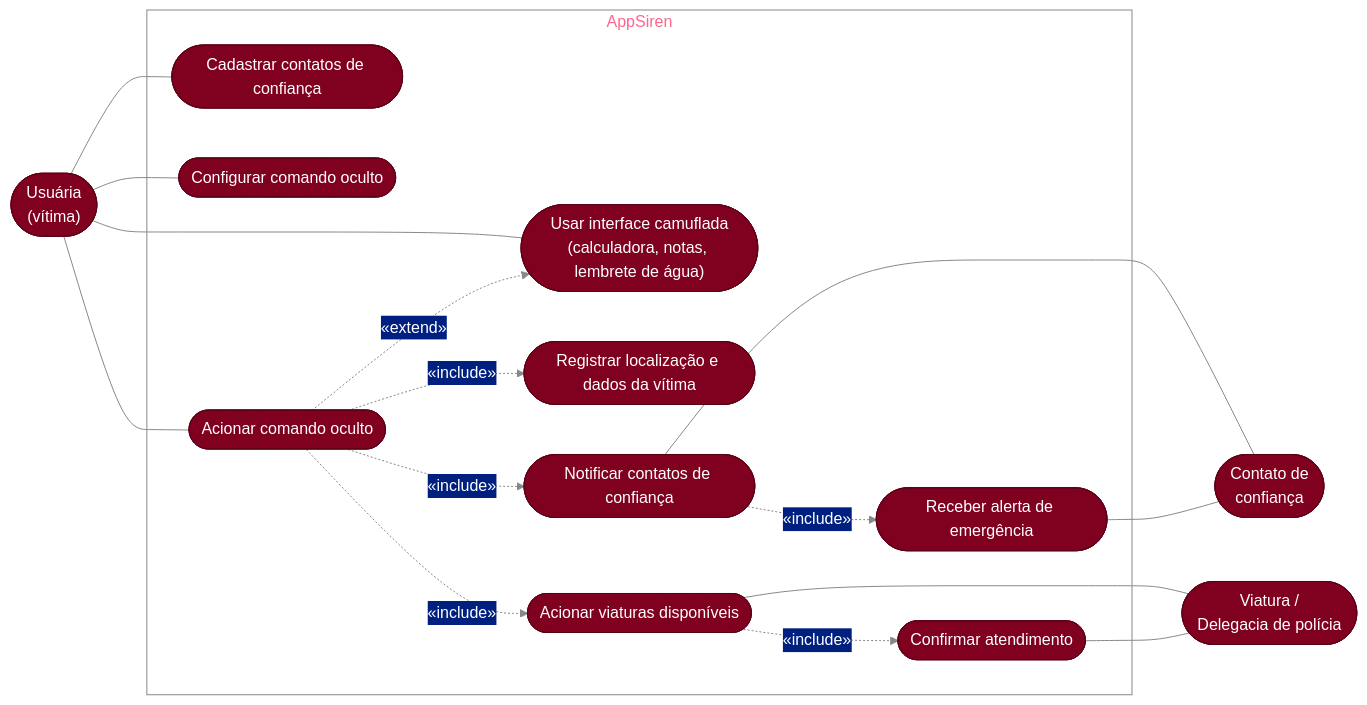
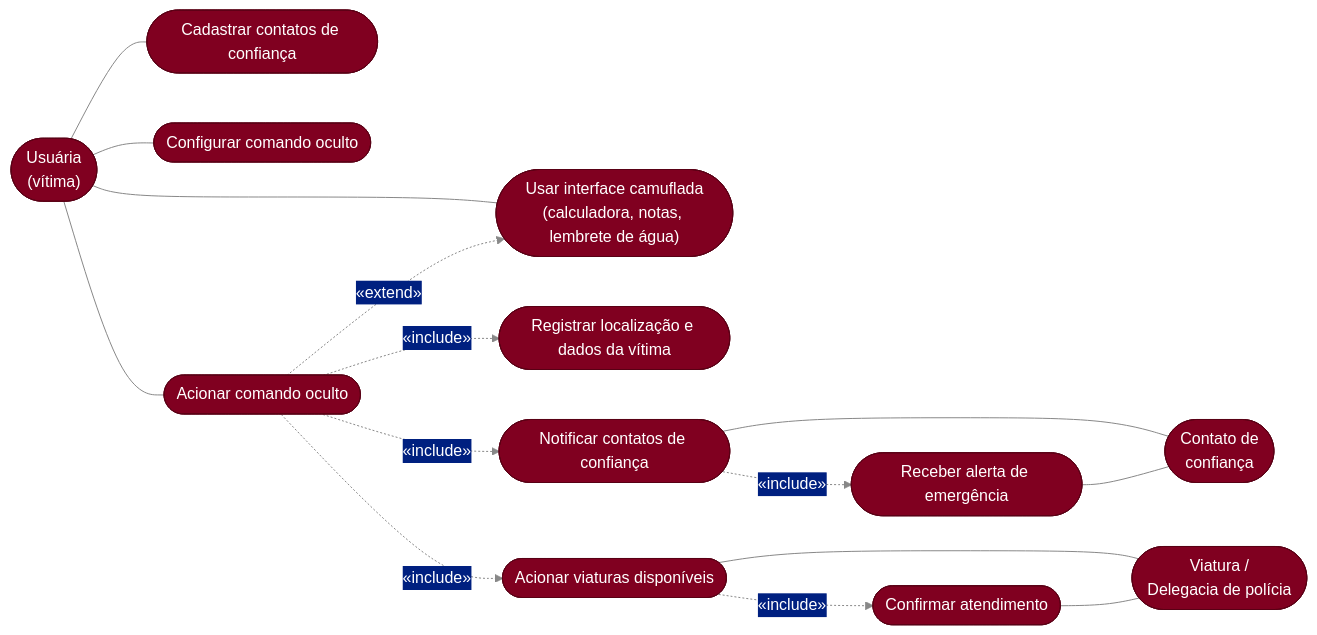
Before and after one commit to ProAtom10/Siren: the diagram in documentacao/diagramas.md, drawn with Mermaid.

Commit message:
Refactor mermaid diagram in diagramas.md

````diff
--- a/documentacao/diagramas.md
+++ b/documentacao/diagramas.md
@@ -1,36 +1,34 @@
 ```mermaid
-%%{init: {'theme':'base','themeVariables':{'primaryColor':'#800020','primaryTextColor':'#FFFFFF','primaryBorderColor':'#5A0016','lineColor':'#888888','clusterBkg':'transparent','clusterBorder':'#888888'}}}%%
+%%{init: {'theme':'base','themeVariables':{'primaryColor':'#800020','primaryTextColor':'#FFFFFF','primaryBorderColor':'#5A0016','lineColor':'#888888'}}}%%
 flowchart LR
     Usuaria(["Usuária<br/>(vítima)"])
     Contato(["Contato de<br/>confiança"])
     Viatura(["Viatura /<br/>Delegacia de polícia"])
 
-    subgraph Sistema["AppSiren"]
-        UC1(["Usar interface camuflada<br/>(calculadora, notas, lembrete de água)"])
-        UC2(["Cadastrar contatos de confiança"])
-        UC3(["Configurar comando oculto"])
-        UC4(["Acionar comando oculto"])
-        UC5(["Registrar localização e dados da vítima"])
-        UC6(["Notificar contatos de confiança"])
-        UC7(["Acionar viaturas disponíveis"])
-        UC8(["Receber alerta de emergência"])
-        UC9(["Confirmar atendimento"])
-    end
+    UC1(["Usar interface camuflada<br/>(calculadora, notas, lembrete de água)"])
+    UC2(["Cadastrar contatos de confiança"])
+    UC3(["Configurar comando oculto"])
+    UC4(["Acionar comando oculto"])
+    UC5(["Registrar localização e dados da vítima"])
+    UC6(["Notificar contatos de confiança"])
+    UC7(["Acionar viaturas disponíveis"])
+    UC8(["Receber alerta de emergência"])
+    UC9(["Confirmar atendimento"])
 
     Usuaria --- UC1
     Usuaria --- UC2
     Usuaria --- UC3
     Usuaria --- UC4
 
     UC4 -. "«include»" .-> UC5
     UC4 -. "«include»" .-> UC6
     UC4 -. "«include»" .-> UC7
     UC4 -. "«extend»" .-> UC1
 
     UC6 --- Contato
     UC8 --- Contato
     UC7 --- Viatura
     UC9 --- Viatura
     UC6 -. "«include»" .-> UC8
     UC7 -. "«include»" .-> UC9
 ```
````
